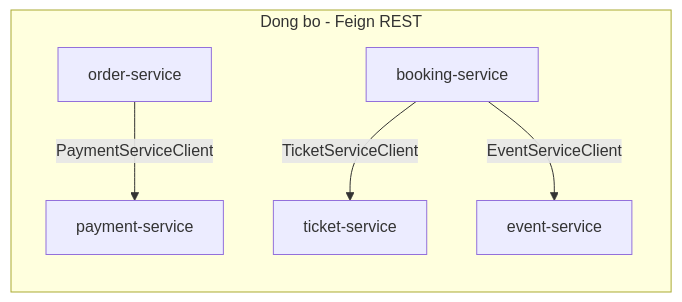
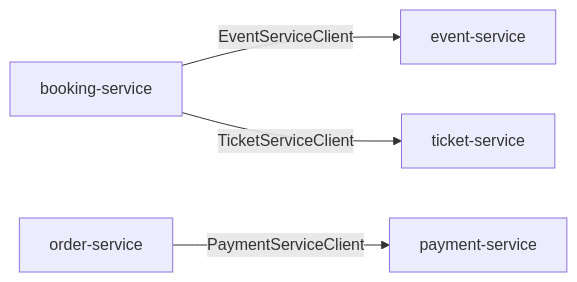
The second of 4 diagrams in docs/architecture.md (themanhnd/microservice-ban-ve-tau), drawn with Mermaid before and after one commit. The commit also changed other lines of this file and 160 other files, not shown here.

````diff
--- a/docs/architecture.md
+++ b/docs/architecture.md
@@ -58,8 +65,6 @@
 ```mermaid
 flowchart LR
-    subgraph SYNC[Dong bo - Feign REST]
-        ORDER1[order-service] -->|PaymentServiceClient| PAY1[payment-service]
-        BOOK1[booking-service] -->|TicketServiceClient| TICKET1[ticket-service]
-        BOOK1 -->|EventServiceClient| EVENT1[event-service]
-    end
+    BOOK[booking-service] -->|EventServiceClient| EVENT[event-service]
+    BOOK -->|TicketServiceClient| TICKET[ticket-service]
+    ORDER[order-service] -->|PaymentServiceClient| PAY[payment-service]
 ```
````
